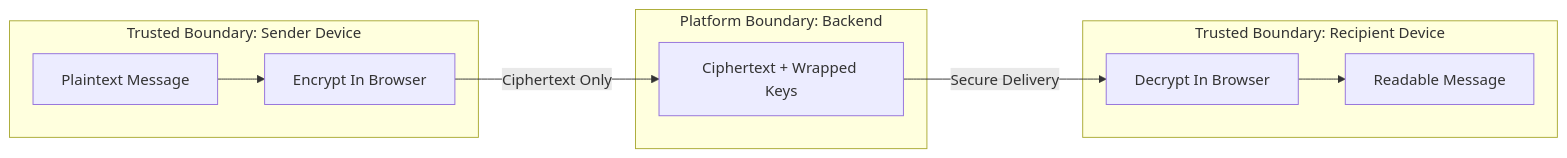
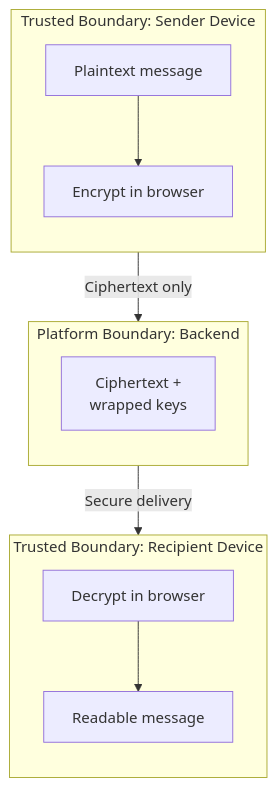
Before and after one commit to 009-KumarJi/NoviConnect: the tenth of 11 diagrams in README.md, drawn with Mermaid. The commit also changed other lines of this file, not shown here.

Commit message:
feat: enhance README with updated flowcharts for authentication, OTP signup, secure messaging, and attachment processes

````diff
--- a/README.md
+++ b/README.md
@@ -503,21 +517,24 @@
 ```mermaid
-flowchart LR
+flowchart TB
     subgraph TrustedA[Trusted Boundary: Sender Device]
-        A[Plaintext Message]
-        B[Encrypt In Browser]
+        direction TB
+        A[Plaintext message]
+        B[Encrypt in browser]
         A --> B
     end
 
     subgraph Untrusted[Platform Boundary: Backend]
-        C[Ciphertext + Wrapped Keys]
+        direction TB
+        C[Ciphertext +<br/>wrapped keys]
     end
 
     subgraph TrustedB[Trusted Boundary: Recipient Device]
-        D[Decrypt In Browser]
-        E[Readable Message]
+        direction TB
+        D[Decrypt in browser]
+        E[Readable message]
         D --> E
     end
 
-    B -->|Ciphertext Only| C
-    C -->|Secure Delivery| D
+    B -->|Ciphertext only| C
+    C -->|Secure delivery| D
 ```
````
